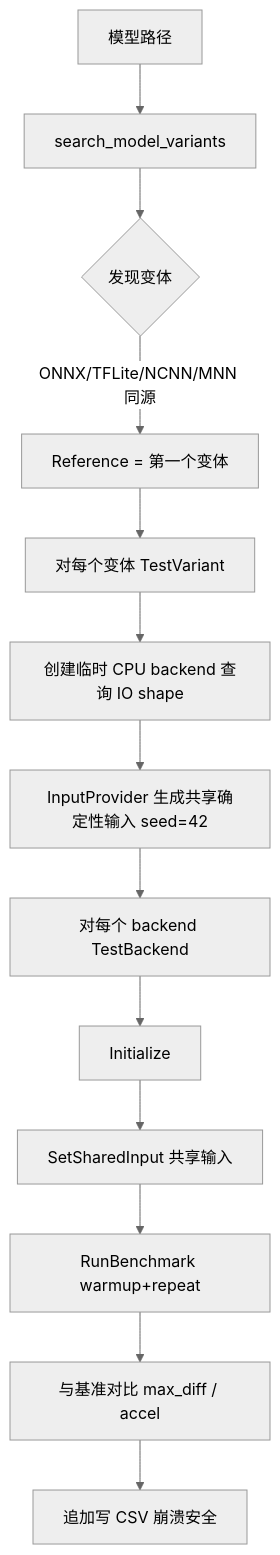
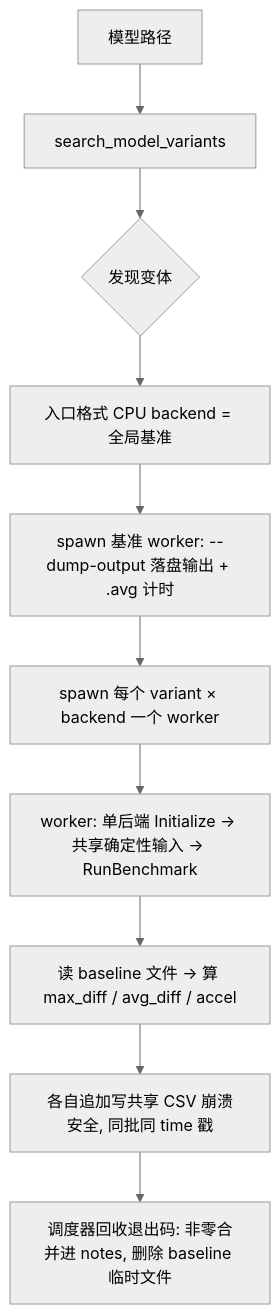
One commit to Panda-Young/unified_model_bench changed the diagram in README.md. Above: the diagram before and after it, drawn with Mermaid (neutral theme). The commit also changed other lines of this file and 20 other files, not shown here.

````diff
--- a/README.md
+++ b/README.md
@@ -269,15 +294,12 @@
 ```mermaid
 flowchart TD
     A[模型路径] --> B[search_model_variants]
     B --> C{发现变体}
-    C -->|ONNX/TFLite/NCNN/MNN 同源| D[Reference = 第一个变体]
-    D --> E[对每个变体 TestVariant]
-    E --> F[创建临时 CPU backend 查询 IO shape]
-    F --> G[InputProvider 生成共享确定性输入 seed=42]
-    G --> H[对每个 backend TestBackend]
-    H --> I[Initialize]
-    I --> J[SetSharedInput 共享输入]
-    J --> K[RunBenchmark warmup+repeat]
-    K --> L[与基准对比 max_diff / accel]
-    L --> M[追加写 CSV 崩溃安全]
+    C --> D[入口格式 CPU backend = 全局基准]
+    D --> E[spawn 基准 worker: --dump-output 落盘输出 + .avg 计时]
+    E --> F[spawn 每个 variant × backend 一个 worker]
+    F --> G[worker: 单后端 Initialize → 共享确定性输入 → RunBenchmark]
+    G --> H[读 baseline 文件 → 算 max_diff / avg_diff / accel]
+    H --> I[各自追加写共享 CSV 崩溃安全, 同批同 time 戳]
+    I --> J[调度器回收退出码: 非零合并进 notes, 删除 baseline 临时文件]
 ```
````
